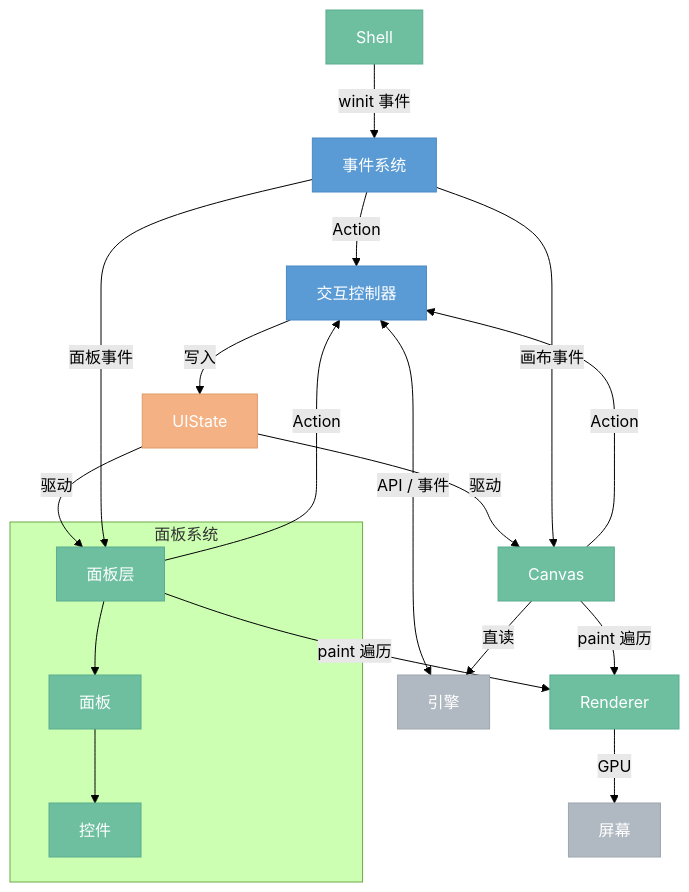
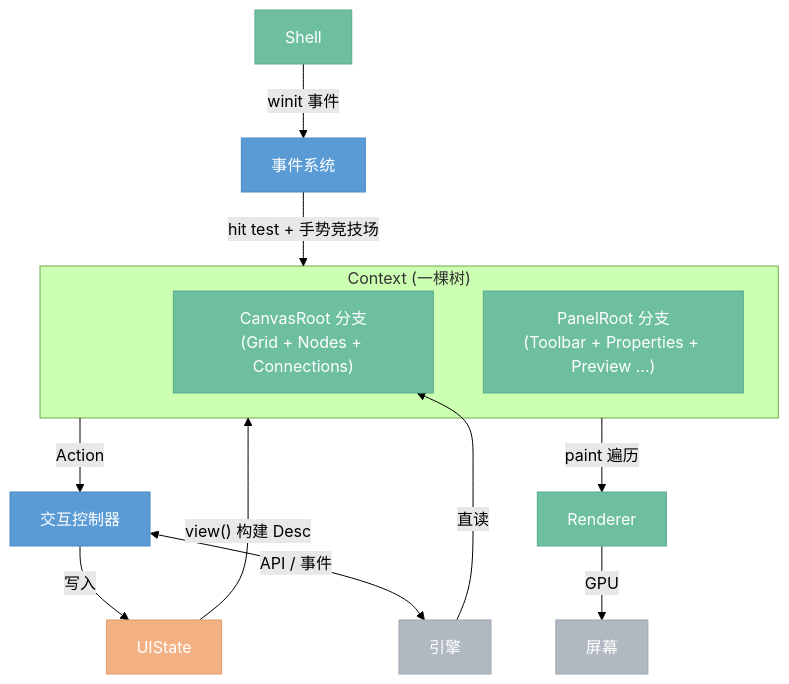
One commit to aporicho/nodeimg changed the diagram in docs/target/2.0.0-gui.md. Above: the diagram before and after it, drawn with Mermaid (forest theme). The commit also changed other lines of this file and 1 other file, not shown here.

First line of the commit message:
docs: 对齐新架构 —— 删除图元控件层级，统一四级分层

````diff
--- a/docs/target/2.0.0-gui.md
+++ b/docs/target/2.0.0-gui.md
@@ -7,42 +7,32 @@
 ```mermaid
 %%{ init: { 'flowchart': { 'curve': 'basis' } } }%%
 flowchart TB
     classDef internal fill:#6DBFA0,stroke:#5BAD8E,color:#fff
     classDef logic fill:#5B9BD5,stroke:#4A8AC4,color:#fff
     classDef data fill:#F4B183,stroke:#E09B6D,color:#fff
     classDef external fill:#B0B8C1,stroke:#9EA6AF,color:#fff
 
     Shell["Shell"]:::internal
     事件系统["事件系统"]:::logic
     交互控制器["交互控制器"]:::logic
     UIState["UIState"]:::data
-    Canvas["Canvas"]:::internal
     引擎["引擎"]:::external
+    Renderer["Renderer"]:::internal
+
+    subgraph Context["Context (一棵树)"]
+        CanvasRoot["CanvasRoot 分支\n(Grid + Nodes + Connections)"]:::internal
+        PanelRoot["PanelRoot 分支\n(Toolbar + Properties + Preview ...)"]:::internal
+    end
 
     Shell -->|"winit 事件"| 事件系统
-    事件系统 -->|"Action"| 交互控制器
+    事件系统 -->|"hit test + 手势竞技场"| Context
+    Context -->|"Action"| 交互控制器
     交互控制器 -->|"写入"| UIState
     交互控制器 <-->|"API / 事件"| 引擎
 
-    UIState -->|"驱动"| Canvas
-    UIState -->|"驱动"| PanelLayer
+    UIState -->|"view() 构建 Desc"| Context
+    引擎 -->|"直读"| CanvasRoot
 
-    事件系统 -->|"画布事件"| Canvas
-    事件系统 -->|"面板事件"| PanelLayer
-
-    subgraph 面板系统
-        PanelLayer["面板层"]:::internal
-        PanelLayer --> 面板["面板"]:::internal
-        面板 --> 控件["控件"]:::internal
-    end
-
-    Renderer["Renderer"]:::internal
-
-    Canvas -->|"paint 遍历"| Renderer
-    PanelLayer -->|"paint 遍历"| Renderer
+    Context -->|"paint 遍历"| Renderer
     Renderer -->|"GPU"| 屏幕["屏幕"]:::external
-
-    Canvas -->|"Action"| 交互控制器
-    PanelLayer -->|"Action"| 交互控制器
-    Canvas -->|"直读"| 引擎
 ```
````
